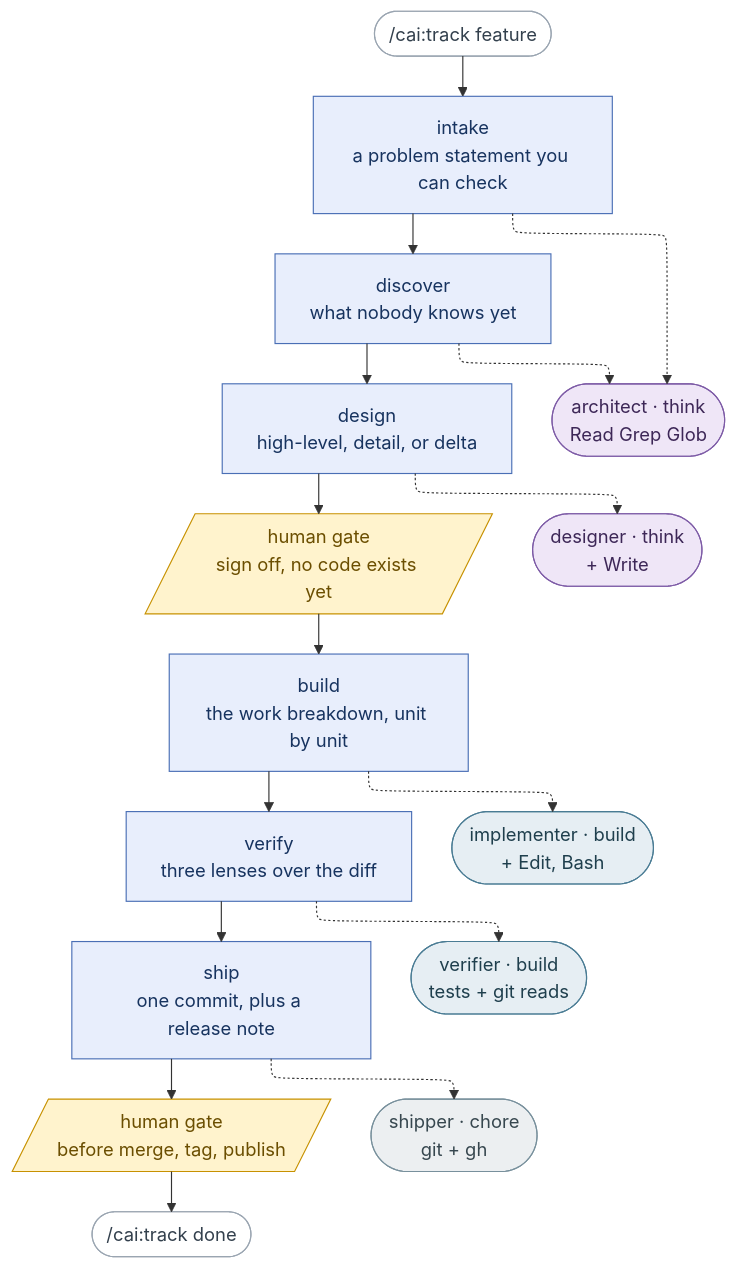
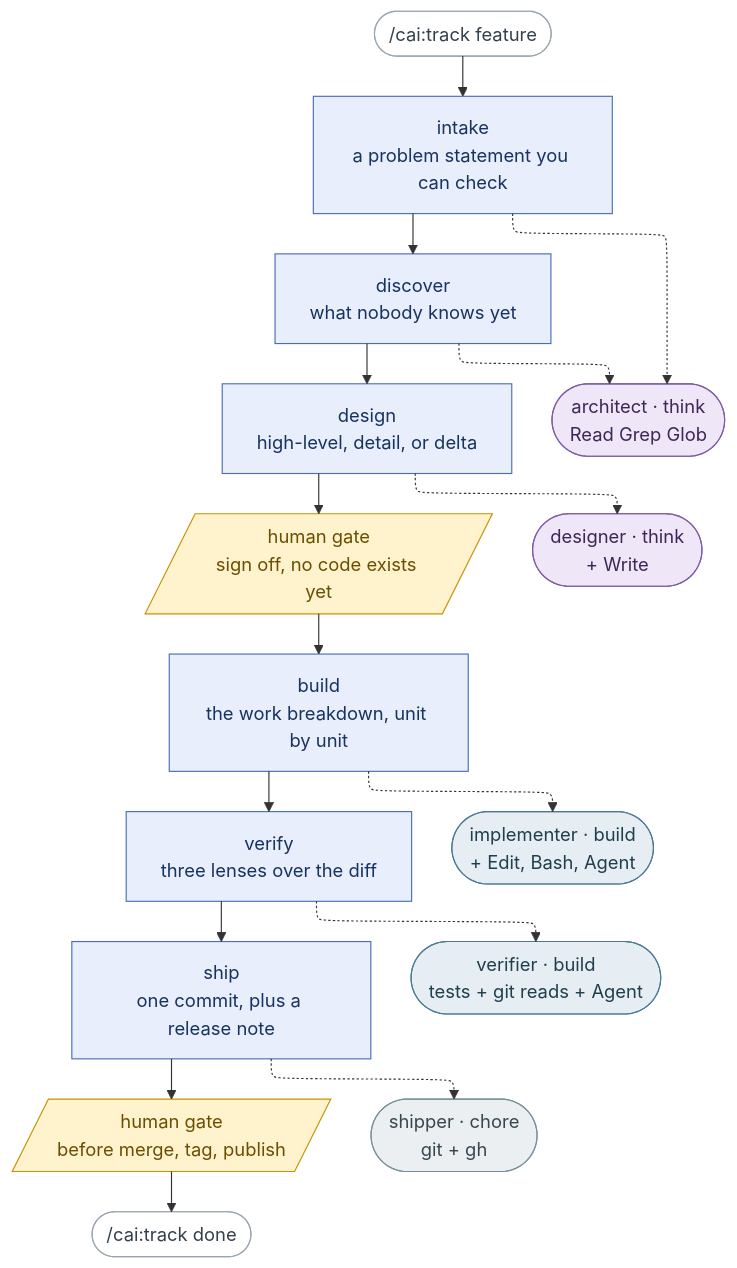
The diagram in README.md (millerlai/claude-all-in-one), drawn with Mermaid before and after one commit. The commit also changed 12 other files, not shown here.

````diff
--- a/README.md
+++ b/README.md
@@ -50,45 +50,45 @@
 ```mermaid
 ---
 config:
   flowchart:
     defaultRenderer: "elk"
 ---
 flowchart TB
     START(["/cai:track feature"]) --> S1
 
     S1["intake<br/>a problem statement you can check"] --> S2
     S2["discover<br/>what nobody knows yet"] --> S3
     S3["design<br/>high-level, detail, or delta"] --> HG1
     HG1[/"human gate<br/>sign off, no code exists yet"/] --> S4
     S4["build<br/>the work breakdown, unit by unit"] --> S5
     S5["verify<br/>three lenses over the diff"] --> S6
     S6["ship<br/>one commit, plus a release note"] --> HG2
     HG2[/"human gate<br/>before merge, tag, publish"/] --> DONE(["/cai:track done"])
 
     S1 -.-> AR
     S2 -.-> AR
     S3 -.-> DE
     S4 -.-> IM
     S5 -.-> VE
     S6 -.-> SH
 
     AR(["architect · think<br/>Read Grep Glob"])
     DE(["designer · think<br/>+ Write"])
-    IM(["implementer · build<br/>+ Edit, Bash"])
-    VE(["verifier · build<br/>tests + git reads"])
+    IM(["implementer · build<br/>+ Edit, Bash, Agent"])
+    VE(["verifier · build<br/>tests + git reads + Agent"])
     SH(["shipper · chore<br/>git + gh"])
 
     classDef stage fill:#e8eefc,stroke:#4a6fb5,color:#17335f
     classDef human fill:#fff3cd,stroke:#c79100,color:#6b4e00
     classDef think fill:#efe6f7,stroke:#7d5ba6,color:#3d2757
     classDef build fill:#e6eef3,stroke:#4a7c94,color:#1f3f4d
     classDef chore fill:#eceff1,stroke:#78909c,color:#37474f
     classDef ends fill:#ffffff,stroke:#9aa5b1,color:#33404d
 
     class S1,S2,S3,S4,S5,S6 stage
     class HG1,HG2 human
     class AR,DE think
     class IM,VE build
     class SH chore
     class START,DONE ends
 ```
````
